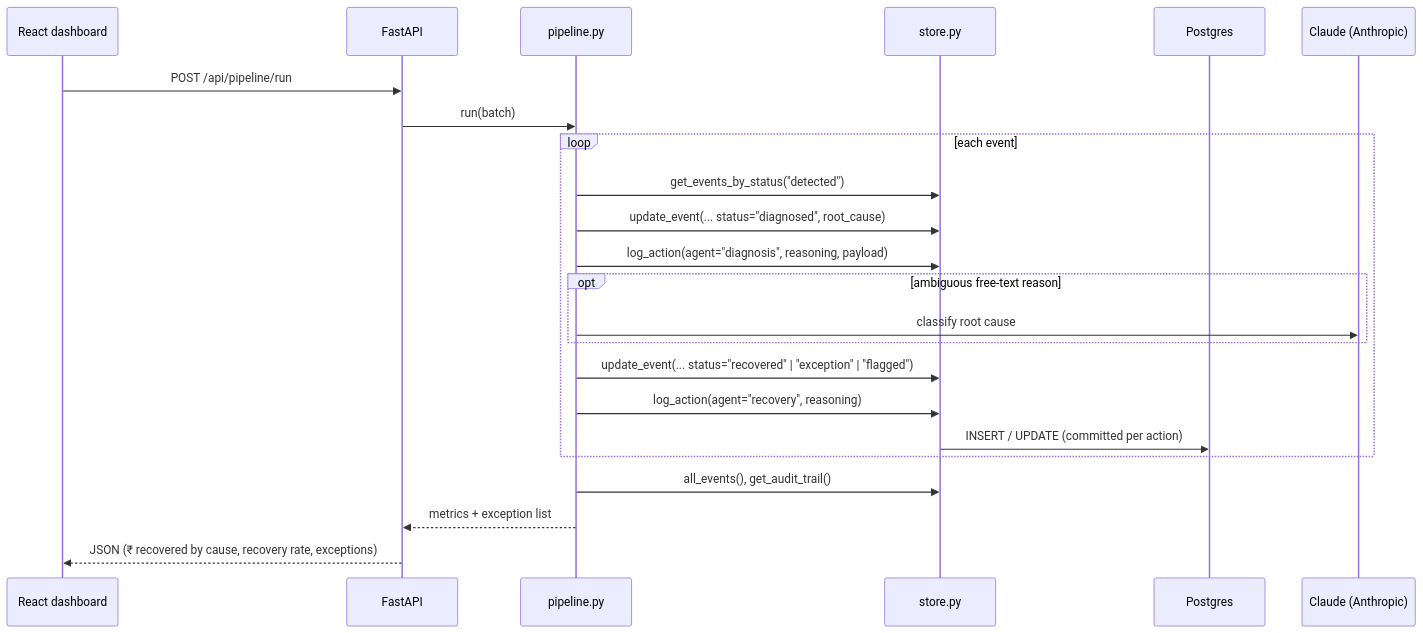
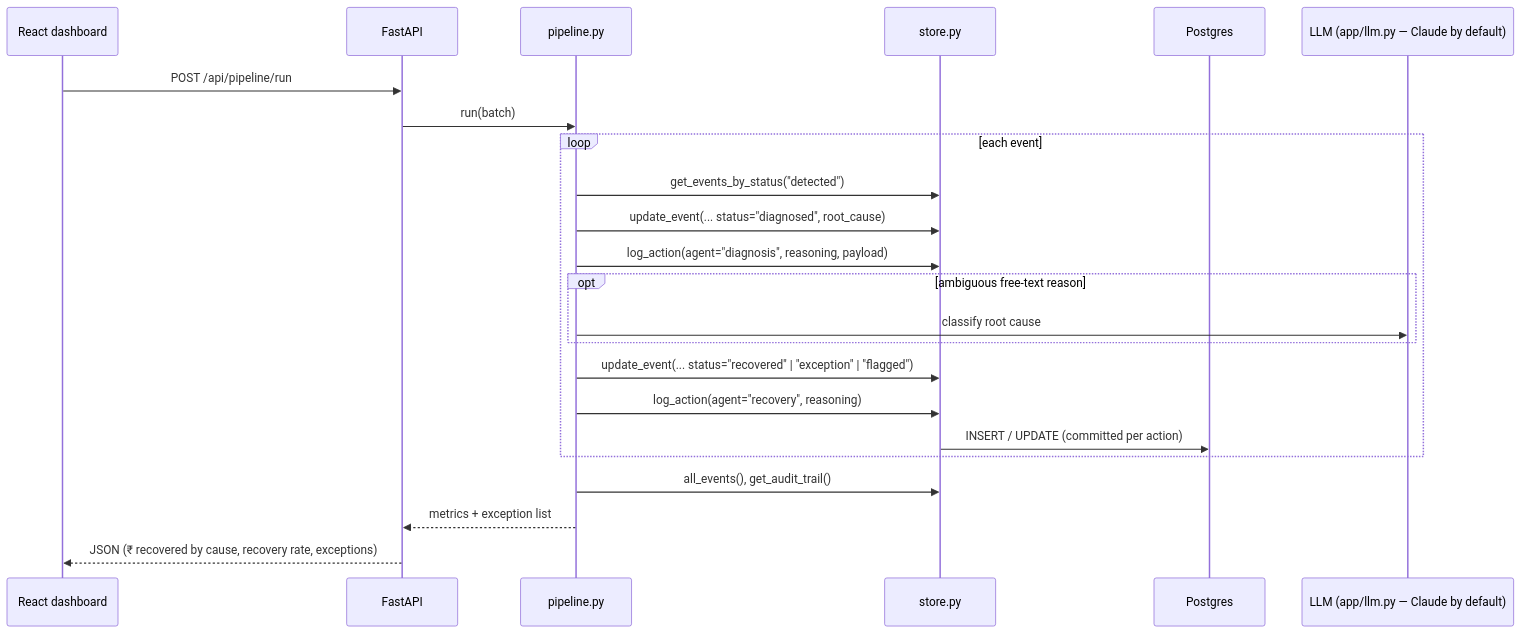
One commit to Skeletor-Pirate/AI-Revenue-Recovery changed the fifth of 5 diagrams in architecture.md. Above: the diagram before and after it, drawn with Mermaid. The commit also changed other lines of this file and 13 other files, not shown here.

First line of the commit message:
Provider-agnostic LLM client (Anthropic / OpenRouter / OpenAI)

````diff
--- a/architecture.md
+++ b/architecture.md
@@ -171,26 +173,26 @@
 ```mermaid
 sequenceDiagram
     participant UI as React dashboard
     participant API as FastAPI
     participant PIPE as pipeline.py
     participant STORE as store.py
     participant PG as Postgres
-    participant LLM as Claude (Anthropic)
+    participant LLM as LLM (app/llm.py — Claude by default)
 
     UI->>API: POST /api/pipeline/run
     API->>PIPE: run(batch)
     loop each event
         PIPE->>STORE: get_events_by_status("detected")
         PIPE->>STORE: update_event(... status="diagnosed", root_cause)
         PIPE->>STORE: log_action(agent="diagnosis", reasoning, payload)
         opt ambiguous free-text reason
             PIPE->>LLM: classify root cause
         end
         PIPE->>STORE: update_event(... status="recovered" | "exception" | "flagged")
         PIPE->>STORE: log_action(agent="recovery", reasoning)
         STORE->>PG: INSERT / UPDATE (committed per action)
     end
     PIPE->>STORE: all_events(), get_audit_trail()
     PIPE-->>API: metrics + exception list
     API-->>UI: JSON (₹ recovered by cause, recovery rate, exceptions)
 ```
````
